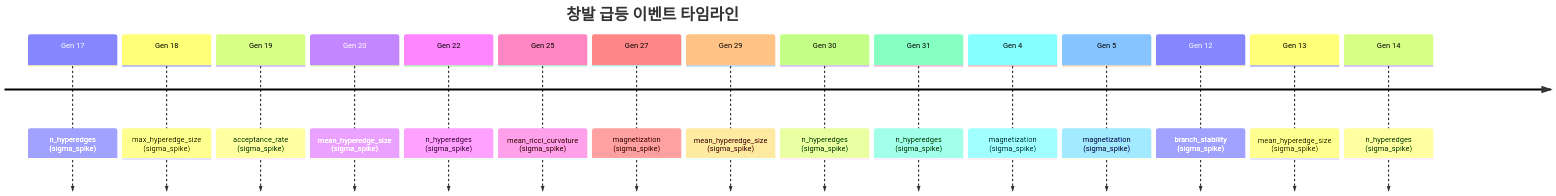
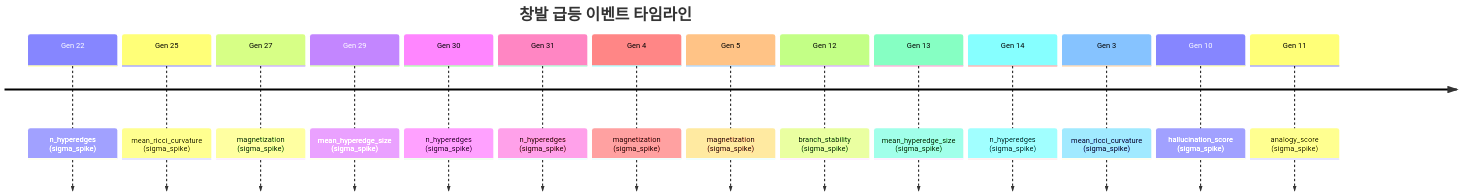
The diagram in README.md (need-singularity/test-1), drawn with Mermaid before and after one commit. The commit also changed other lines of this file and 3 other files, not shown here.

````diff
--- a/README.md
+++ b/README.md
@@ -106,19 +107,18 @@
 ```mermaid
 timeline
     title 창발 급등 이벤트 타임라인
-    Gen 17 : n_hyperedges (sigma_spike)
-    Gen 18 : max_hyperedge_size (sigma_spike)
-    Gen 19 : acceptance_rate (sigma_spike)
-    Gen 20 : mean_hyperedge_size (sigma_spike)
     Gen 22 : n_hyperedges (sigma_spike)
     Gen 25 : mean_ricci_curvature (sigma_spike)
     Gen 27 : magnetization (sigma_spike)
     Gen 29 : mean_hyperedge_size (sigma_spike)
     Gen 30 : n_hyperedges (sigma_spike)
     Gen 31 : n_hyperedges (sigma_spike)
     Gen 4 : magnetization (sigma_spike)
     Gen 5 : magnetization (sigma_spike)
     Gen 12 : branch_stability (sigma_spike)
     Gen 13 : mean_hyperedge_size (sigma_spike)
     Gen 14 : n_hyperedges (sigma_spike)
+    Gen 3 : mean_ricci_curvature (sigma_spike)
+    Gen 10 : hallucination_score (sigma_spike)
+    Gen 11 : analogy_score (sigma_spike)
 ```
````
